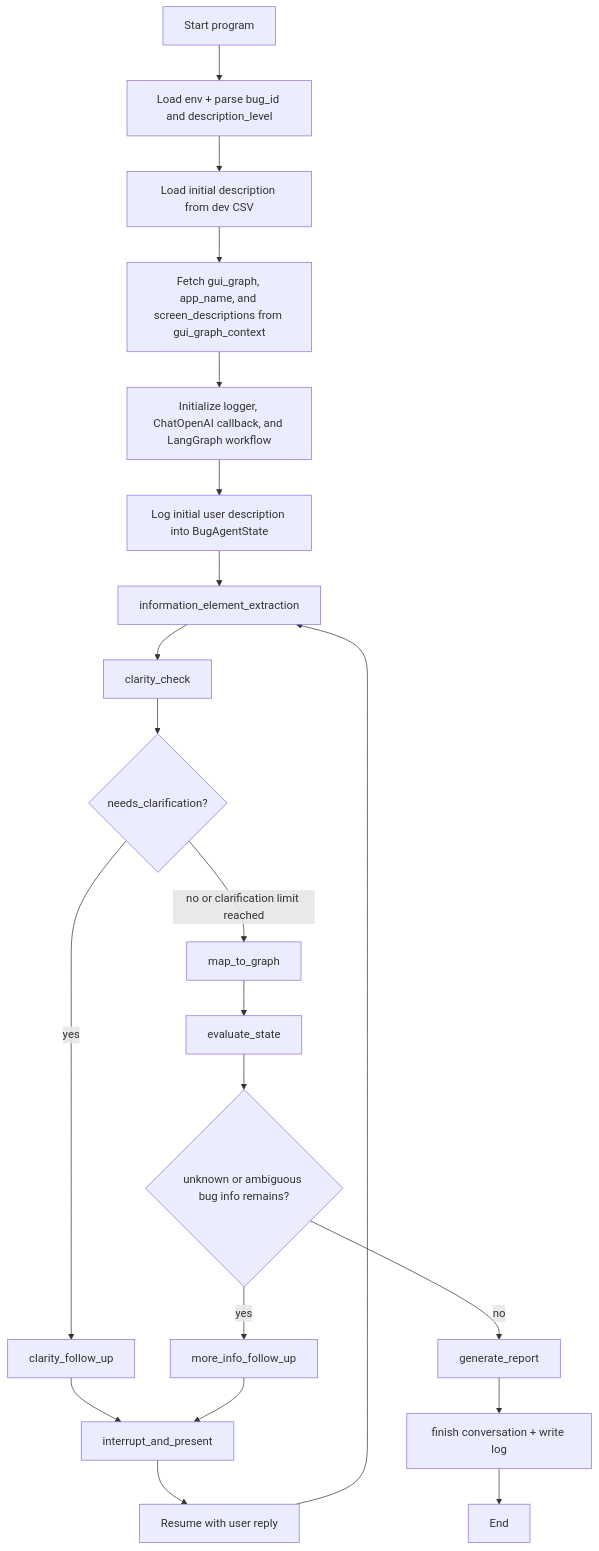
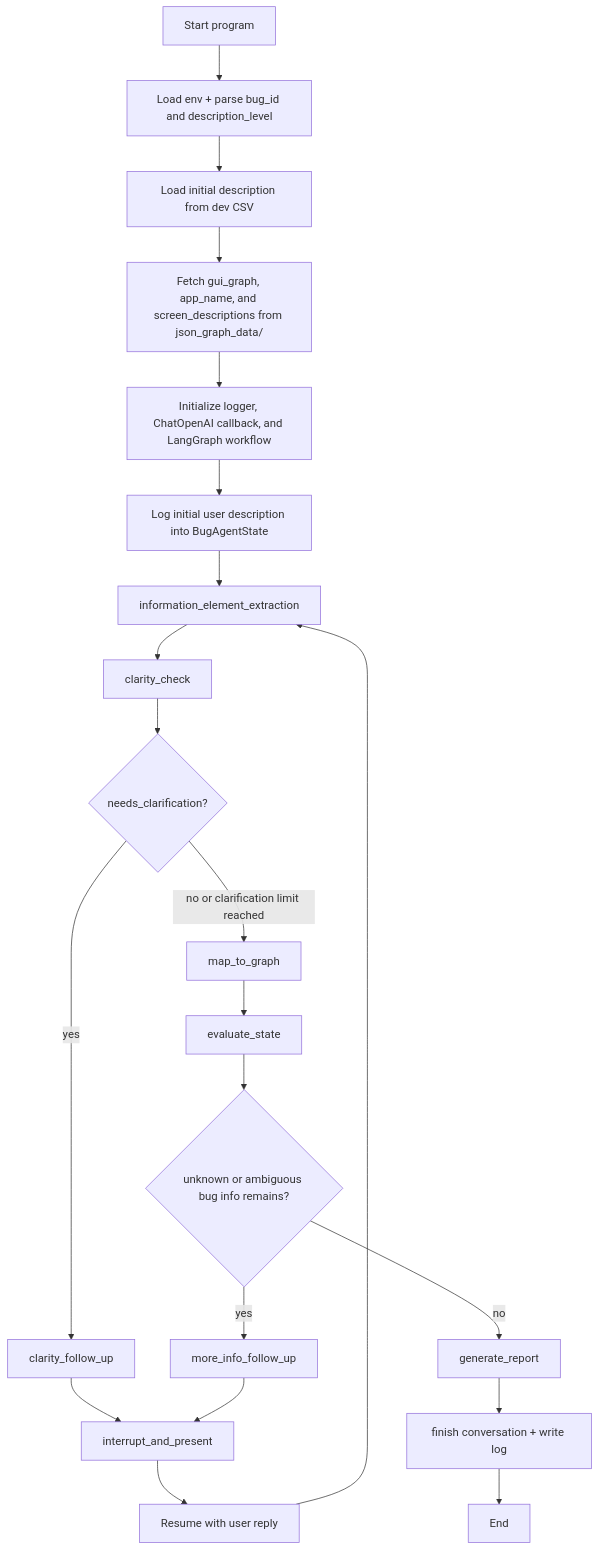
Before and after one commit to sea-lab-wm/agentic_burt: the second of 2 diagrams in ARCHITECTURE.md, drawn with Mermaid. The commit also changed other lines of this file and 18 other files, not shown here.

Commit message:
refactor: dynamic json graph data use

````diff
--- a/ARCHITECTURE.md
+++ b/ARCHITECTURE.md
@@ -46,23 +46,23 @@
 ```mermaid
 flowchart TD
     A[Start program] --> B[Load env + parse bug_id and description_level]
     B --> C[Load initial description from dev CSV]
-    C --> D[Fetch gui_graph, app_name, and screen_descriptions from gui_graph_context]
+    C --> D[Fetch gui_graph, app_name, and screen_descriptions from json_graph_data/<DATASET>]
     D --> E[Initialize logger, ChatOpenAI callback, and LangGraph workflow]
     E --> F[Log initial user description into BugAgentState]
     F --> G[information_element_extraction]
     G --> H[clarity_check]
     H --> I{needs_clarification?}
     I -->|yes| J[clarity_follow_up]
     J --> K[interrupt_and_present]
     K --> L[Resume with user reply]
     L --> G
     I -->|no or clarification limit reached| M[map_to_graph]
     M --> N[evaluate_state]
     N --> O{unknown or ambiguous bug info remains?}
     O -->|yes| P[more_info_follow_up]
     P --> K
     O -->|no| Q[generate_report]
     Q --> R[finish conversation + write log]
     R --> S[End]
 ```
````
